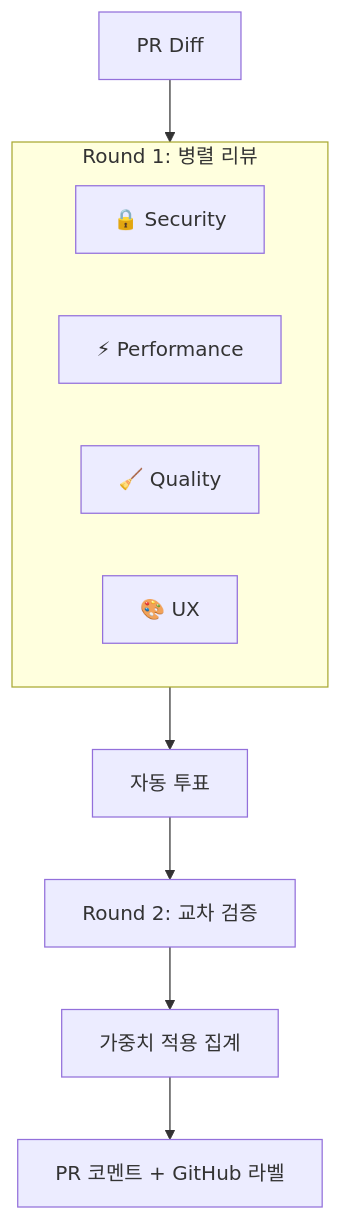
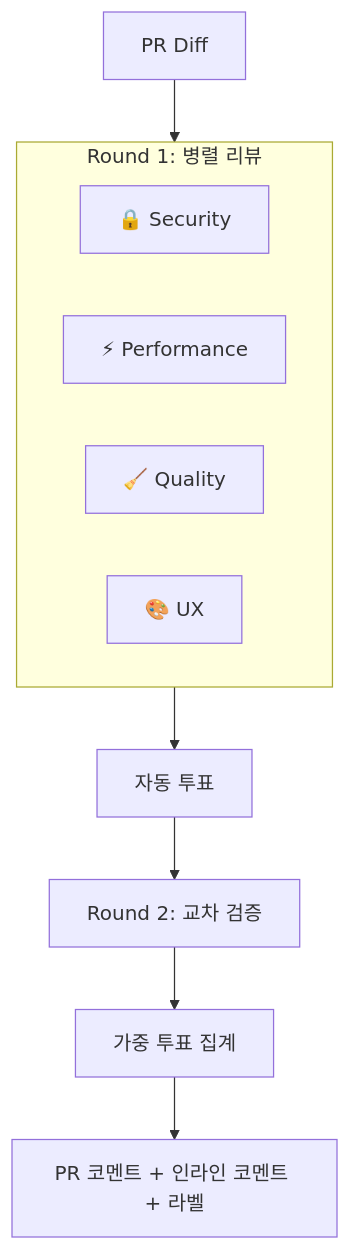
One commit to alswla/simple-review-bot changed the diagram in README_KO.md. Above: the diagram before and after it, drawn with Mermaid. The commit also changed other lines of this file and 2 other files, not shown here.

````diff
--- a/README_KO.md
+++ b/README_KO.md
@@ -199,16 +278,16 @@
 ```mermaid
 flowchart TB
     A[PR Diff] --> B[Round 1: 병렬 리뷰]
 
     subgraph B[Round 1: 병렬 리뷰]
         B1[🔒 Security]
         B2[⚡ Performance]
         B3[🧹 Quality]
         B4[🎨 UX]
     end
 
     B --> C[자동 투표]
     C --> D[Round 2: 교차 검증]
-    D --> E[가중치 적용 집계]
-    E --> F[PR 코멘트 + GitHub 라벨]
+    D --> E[가중 투표 집계]
+    E --> F[PR 코멘트 + 인라인 코멘트 + 라벨]
 ```
````
